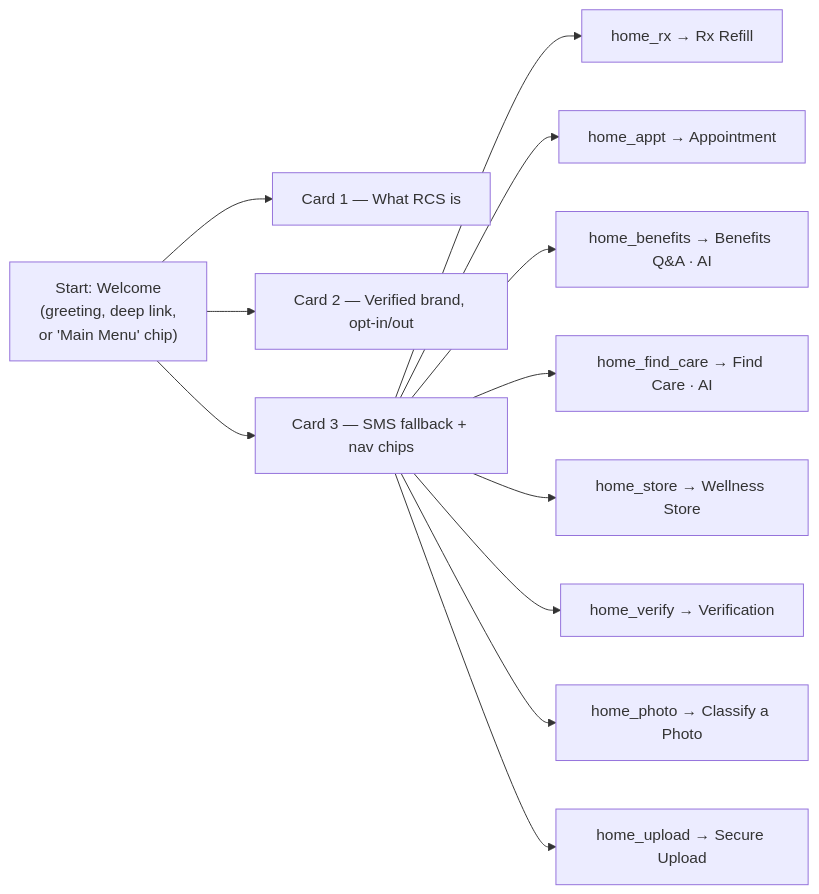
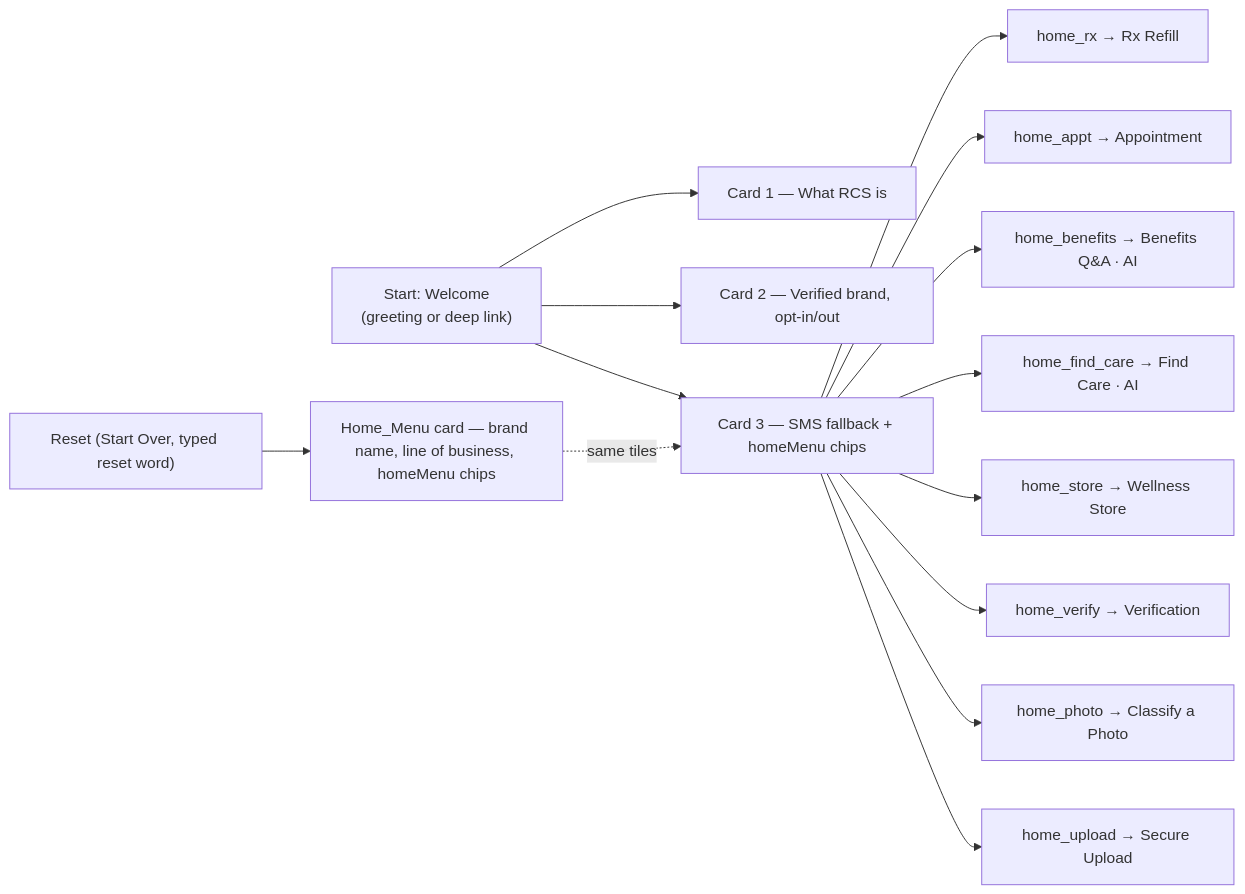
The second of 16 diagrams in docs/architecture.md (aws-samples/sample-rcs-messaging-demo-app), drawn with Mermaid before and after one commit. The commit also changed other lines of this file and 156 other files, not shown here.

````diff
--- a/docs/architecture.md
+++ b/docs/architecture.md
@@ -811,14 +1036,16 @@
 ```mermaid
 flowchart LR
-  T["Start: Welcome<br/>(greeting, deep link,<br/>or 'Main Menu' chip)"] --> C1[Card 1 — What RCS is]
+  T["Start: Welcome<br/>(greeting or deep link)"] --> C1[Card 1 — What RCS is]
   T --> C2[Card 2 — Verified brand, opt-in/out]
-  T --> C3[Card 3 — SMS fallback + nav chips]
+  T --> C3[Card 3 — SMS fallback + homeMenu chips]
+  R["Reset (Start Over, typed reset word)"] --> HM[Home_Menu card — brand name, line of business, homeMenu chips]
   C3 --> RX[home_rx → Rx Refill]
   C3 --> AP[home_appt → Appointment]
   C3 --> BE["home_benefits → Benefits Q&A · AI"]
   C3 --> FC[home_find_care → Find Care · AI]
   C3 --> ST[home_store → Wellness Store]
   C3 --> VE[home_verify → Verification]
   C3 --> PH[home_photo → Classify a Photo]
   C3 --> UP[home_upload → Secure Upload]
+  HM -.->|same tiles| C3
 ```
````
